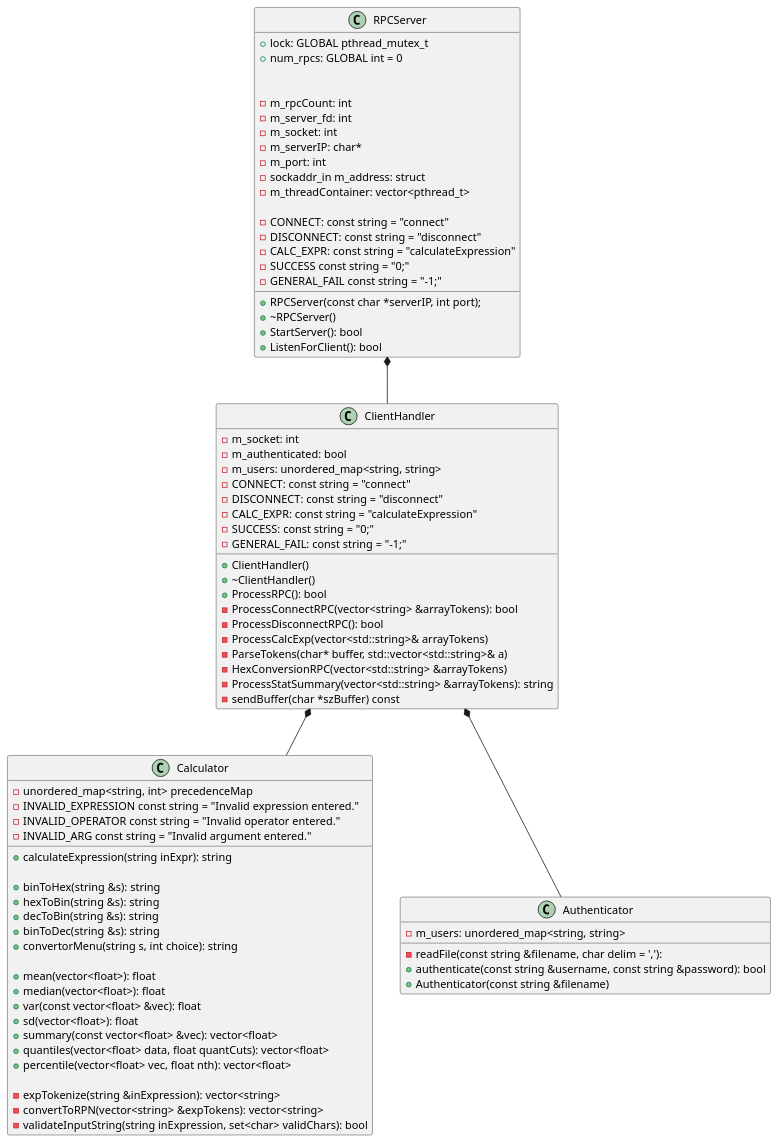
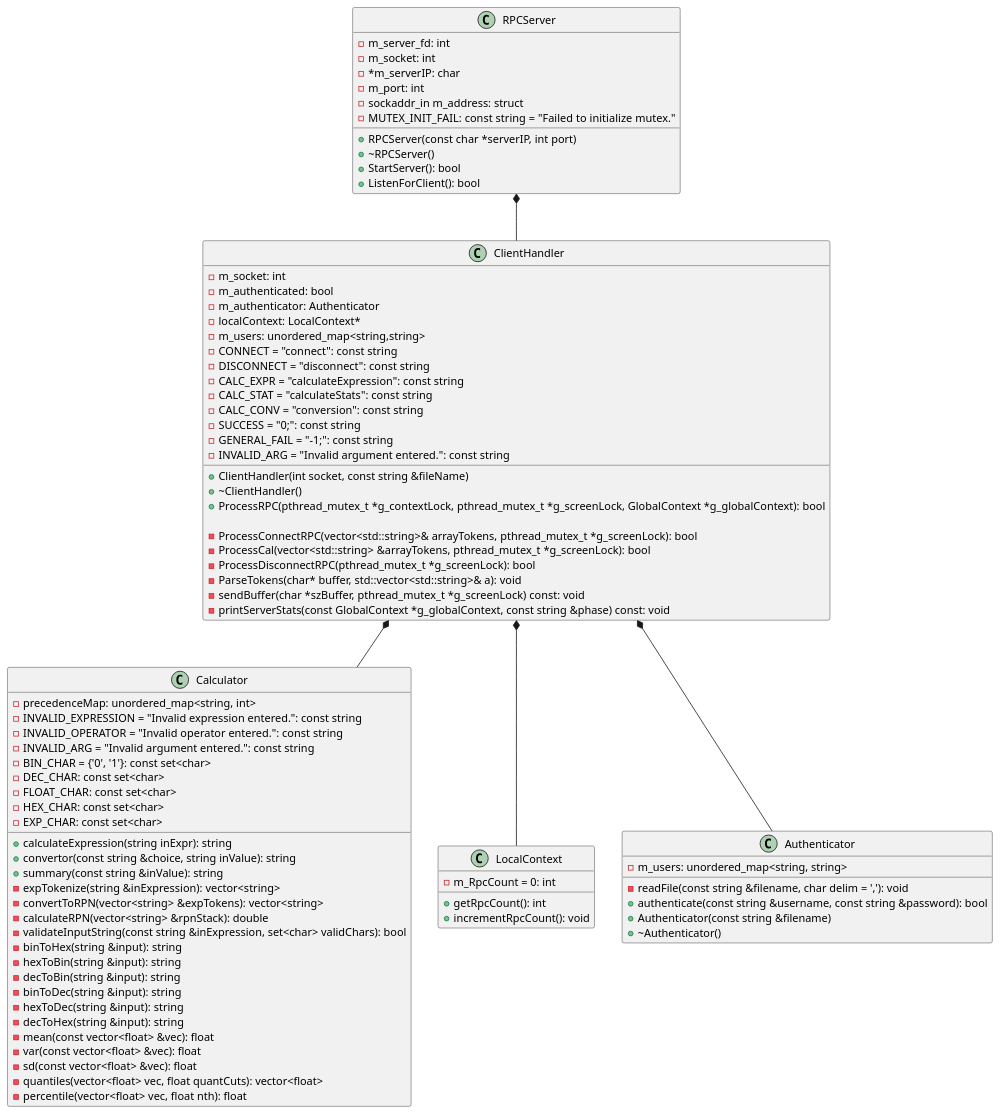
Before and after one commit to chancerh/CPSC5042ClientServer: the diagram in server.puml, drawn with PlantUML. The commit also changed 1 other file, not shown here.

```diff
--- a/server.puml
+++ b/server.puml
@@ -1,92 +1,96 @@
 @startuml
 class Calculator {
+
         + calculateExpression(string inExpr): string
-
-        + binToHex(string &s): string
-        + hexToBin(string &s): string
-        + decToBin(string &s): string
-        + binToDec(string &s): string
-        + convertorMenu(string s, int choice): string
-
-        + mean(vector<float>): float
-        + median(vector<float>): float
-        + var(const vector<float> &vec): float
-        + sd(vector<float>): float
-        + summary(const vector<float> &vec): vector<float>
-        + quantiles(vector<float> data, float quantCuts): vector<float>
-        + percentile(vector<float> vec, float nth): vector<float>
-
+        + convertor(const string &choice, string inValue): string
+        + summary(const string &inValue): string
         - expTokenize(string &inExpression): vector<string>
         - convertToRPN(vector<string> &expTokens): vector<string>
-        - validateInputString(string inExpression, set<char> validChars): bool
+        - calculateRPN(vector<string> &rpnStack): double
+        - validateInputString(const string &inExpression, set<char> validChars): bool
+        - binToHex(string &input): string
+        - hexToBin(string &input): string
+        - decToBin(string &input): string
+        - binToDec(string &input): string
+        - hexToDec(string &input): string
+        - decToHex(string &input): string
+        - mean(const vector<float> &vec): float
+        - var(const vector<float> &vec): float
+        - sd(const vector<float> &vec): float
+        - quantiles(vector<float> vec, float quantCuts): vector<float>
+        - percentile(vector<float> vec, float nth): float
 
-        - unordered_map<string, int> precedenceMap
-        - INVALID_EXPRESSION const string = "Invalid expression entered."
-        - INVALID_OPERATOR const string = "Invalid operator entered."
-        - INVALID_ARG const string = "Invalid argument entered."
+        - precedenceMap: unordered_map<string, int>
+        - INVALID_EXPRESSION = "Invalid expression entered.": const string
+        - INVALID_OPERATOR = "Invalid operator entered.": const string
+        - INVALID_ARG = "Invalid argument entered.": const string
+        - BIN_CHAR = {'0', '1'}: const set<char>
+        - DEC_CHAR: const set<char>
+        - FLOAT_CHAR: const set<char>
+        - HEX_CHAR: const set<char>
+        - EXP_CHAR: const set<char>
 }
 
 class ClientHandler {
-        + ClientHandler()
+        + ClientHandler(int socket, const string &fileName)
         + ~ClientHandler()
-        + ProcessRPC(): bool
+        + ProcessRPC(pthread_mutex_t *g_contextLock, pthread_mutex_t *g_screenLock, GlobalContext *g_globalContext): bool
+
+        - ProcessConnectRPC(vector<std::string>& arrayTokens, pthread_mutex_t *g_screenLock): bool
+        - ProcessCal(vector<std::string> &arrayTokens, pthread_mutex_t *g_screenLock): bool
+        - ProcessDisconnectRPC(pthread_mutex_t *g_screenLock): bool
+        - ParseTokens(char* buffer, std::vector<std::string>& a): void
+        - sendBuffer(char *szBuffer, pthread_mutex_t *g_screenLock) const: void
+        - printServerStats(const GlobalContext *g_globalContext, const string &phase) const: void
 
         - m_socket: int
         - m_authenticated: bool
-        - m_users: unordered_map<string, string>
-        - CONNECT: const string = "connect"
-        - DISCONNECT: const string = "disconnect"
-        - CALC_EXPR: const string = "calculateExpression"
-        - SUCCESS: const string = "0;"
-        - GENERAL_FAIL: const string = "-1;"
-
-        - ProcessConnectRPC(vector<string> &arrayTokens): bool
-        - ProcessDisconnectRPC(): bool
-        - ProcessCalcExp(vector<std::string>& arrayTokens)
-        - ParseTokens(char* buffer, std::vector<std::string>& a)
-        - HexConversionRPC(vector<std::string> &arrayTokens)
-        - ProcessStatSummary(vector<std::string> &arrayTokens): string
-        - sendBuffer(char *szBuffer) const
+        - m_authenticator: Authenticator
+        - localContext: LocalContext*
+        - m_users: unordered_map<string,string>
+        - CONNECT = "connect": const string
+        - DISCONNECT = "disconnect": const string
+        - CALC_EXPR = "calculateExpression": const string
+        - CALC_STAT = "calculateStats": const string
+        - CALC_CONV = "conversion": const string
+        - SUCCESS = "0;": const string
+        - GENERAL_FAIL = "-1;": const string
+        - INVALID_ARG = "Invalid argument entered.": const string
 
 }
 
+class LocalContext {
+        + getRpcCount(): int
+        + incrementRpcCount(): void
+        - m_RpcCount = 0: int
+}
+
 class RPCServer {
-
-        + lock: GLOBAL pthread_mutex_t
-        + num_rpcs: GLOBAL int = 0
-
-        + RPCServer(const char *serverIP, int port);
+        + RPCServer(const char *serverIP, int port)
         + ~RPCServer()
         + StartServer(): bool
         + ListenForClient(): bool
 
-        - m_rpcCount: int
         - m_server_fd: int
         - m_socket: int
-        - m_serverIP: char*
+        - *m_serverIP: char
         - m_port: int
         - sockaddr_in m_address: struct
-        - m_threadContainer: vector<pthread_t>
-
-        - CONNECT: const string = "connect"
-        - DISCONNECT: const string = "disconnect"
-        - CALC_EXPR: const string = "calculateExpression"
-        - SUCCESS const string = "0;"
-        - GENERAL_FAIL const string = "-1;"
-
+        - MUTEX_INIT_FAIL: const string  = "Failed to initialize mutex."
 }
 
 Class Authenticator {
     - m_users: unordered_map<string, string>
-    - readFile(const string &filename, char delim = ','):
+    - readFile(const string &filename, char delim = ','): void
     + authenticate(const string &username, const string &password): bool
     + Authenticator(const string &filename)
+    + ~Authenticator()
 
 }
 
 RPCServer *-- ClientHandler
 ClientHandler *-- Calculator
 ClientHandler *-- Authenticator
-
+ClientHandler *-- LocalContext
 
 @enduml
```
